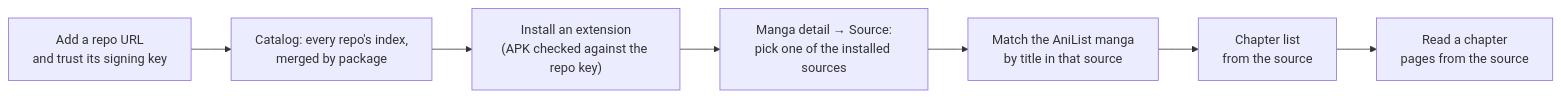
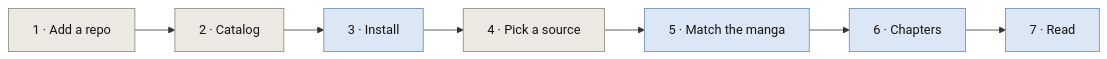
The second of 7 diagrams in docs/extensions.md (Carloss616/anipoex), drawn with Mermaid before and after one commit. The commit also changed other lines of this file and 1 other file, not shown here.

First line of the commit message:
docs: sync and source picking guide; extension diagrams read at a glance

````diff
--- a/docs/extensions.md
+++ b/docs/extensions.md
@@ -58,9 +58,12 @@
 ```mermaid
 flowchart LR
-    R["Add a repo URL<br/>and trust its signing key"] --> C["Catalog: every repo's index,<br/>merged by package"]
-    C --> I["Install an extension<br/>(APK checked against the repo key)"]
-    I --> S["Manga detail → Source:<br/>pick one of the installed sources"]
-    S --> M["Match the AniList manga<br/>by title in that source"]
-    M --> L["Chapter list<br/>from the source"]
-    L --> P["Read a chapter<br/>pages from the source"]
+    R["1 · Add a repo"] --> C["2 · Catalog"] --> I["3 · Install"] --> S["4 · Pick a source"] --> M["5 · Match the manga"] --> L["6 · Chapters"] --> P["7 · Read"]
+
+    classDef step fill:#dbe7f5,stroke:#6A8CAF,color:#141413
+    classDef ask fill:#f7e8c4,stroke:#c9a13b,color:#141413
+    classDef good fill:#788C5D,stroke:#5d6f47,color:#ffffff
+    classDef bad fill:#D97757,stroke:#b65f42,color:#ffffff
+    classDef calm fill:#ebe9e2,stroke:#87867F,color:#141413
+    class R,C,S calm
+    class I,M,L,P step
 ```
````
